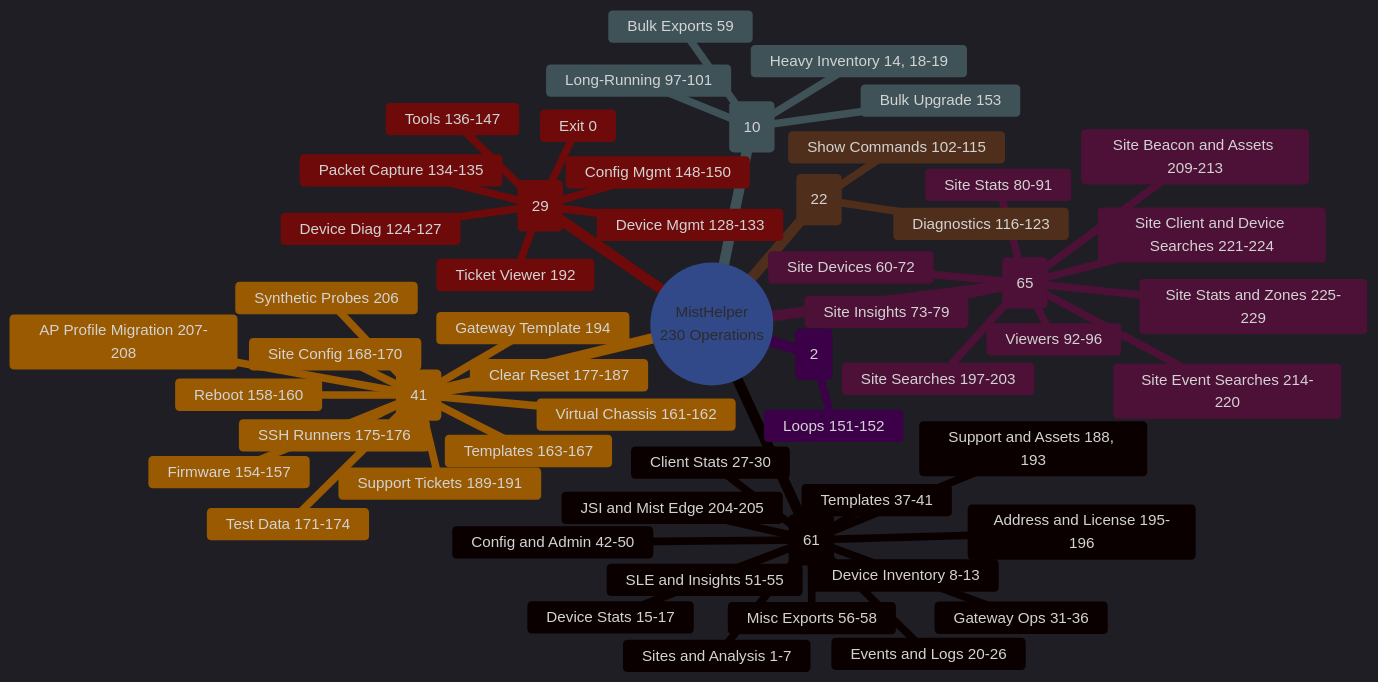
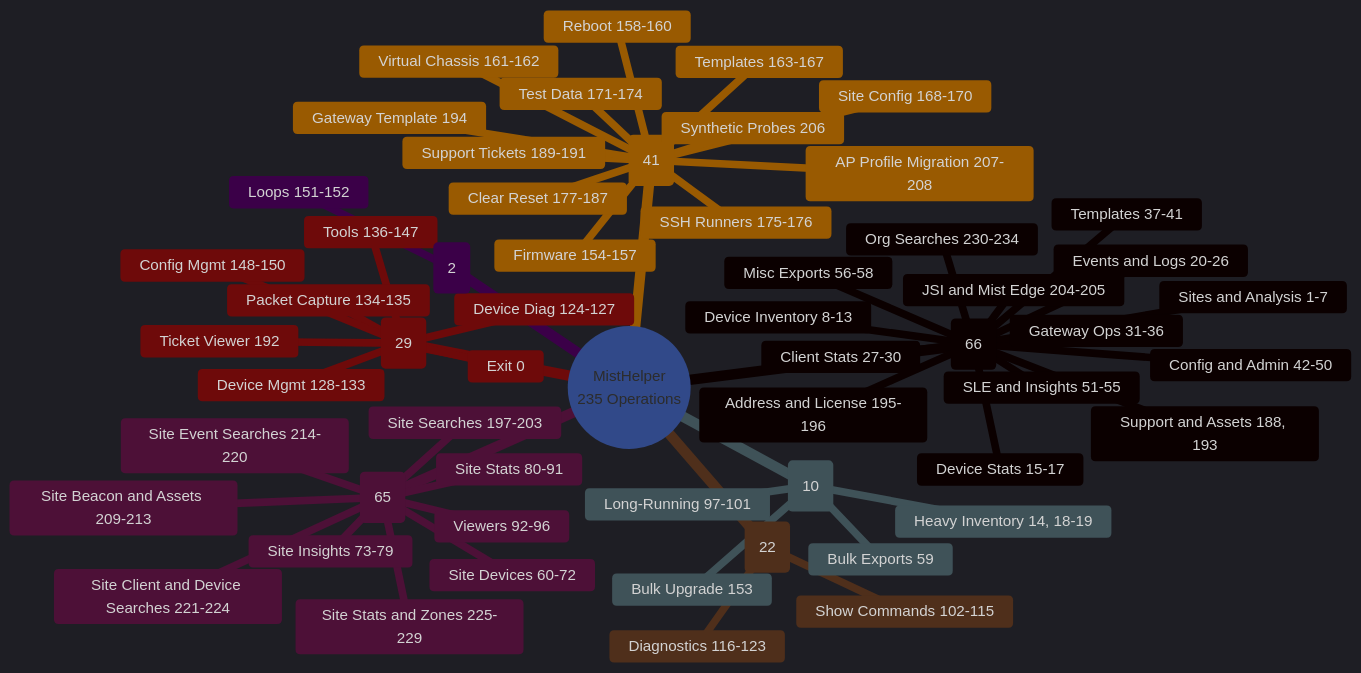
Before and after one commit to jmorrison-juniper/MistHelper: the second of 2 diagrams in README.md, drawn with Mermaid. The commit also changed other lines of this file and 7 other files, not shown here.

````diff
--- a/README.md
+++ b/README.md
@@ -114,69 +114,70 @@
 ```mermaid
 %%{init: {'theme': 'dark', 'themeVariables': {
   'primaryColor': '#E20074',
   'primaryTextColor': '#E0E0E0',
   'primaryBorderColor': '#99004D',
   'lineColor': '#FF4DA6',
   'secondaryColor': '#16213E',
   'tertiaryColor': '#1A1A2E',
   'fontFamily': 'ui-monospace, monospace'
 }}}%%
 mindmap
-   root((MistHelper<br/>230 Operations))
-    Safe Org Exports (61)
+   root((MistHelper<br/>235 Operations))
+    Safe Org Exports (66)
       Sites and Analysis 1-7
       Device Inventory 8-13
       Device Stats 15-17
       Events and Logs 20-26
       Client Stats 27-30
       Gateway Ops 31-36
       Templates 37-41
       Config and Admin 42-50
       SLE and Insights 51-55
       Misc Exports 56-58
       Support and Assets 188, 193
       Address and License 195-196
       JSI and Mist Edge 204-205
+      Org Searches 230-234
     Interactive Safe (65)
       Site Devices 60-72
       Site Insights 73-79
       Site Stats 80-91
       Viewers 92-96
       Site Searches 197-203
       Site Beacon and Assets 209-213
       Site Event Searches 214-220
       Site Client and Device Searches 221-224
       Site Stats and Zones 225-229
     Resource Intensive (10)
       Heavy Inventory 14, 18-19
       Bulk Exports 59
       Long-Running 97-101
       Bulk Upgrade 153
     WebSocket (22)
       Show Commands 102-115
       Diagnostics 116-123
     Interactive (29)
       Exit 0
       Device Diag 124-127
       Device Mgmt 128-133
       Packet Capture 134-135
       Tools 136-147
       Config Mgmt 148-150
       Ticket Viewer 192
     Continuous (2)
       Loops 151-152
     Destructive (41)
       ::icon(fa fa-warning)
       Firmware 154-157
       Reboot 158-160
       Virtual Chassis 161-162
       Templates 163-167
       Site Config 168-170
       Test Data 171-174
       SSH Runners 175-176
       Clear Reset 177-187
       Support Tickets 189-191
       Gateway Template 194
       Synthetic Probes 206
       AP Profile Migration 207-208
 ```
````
